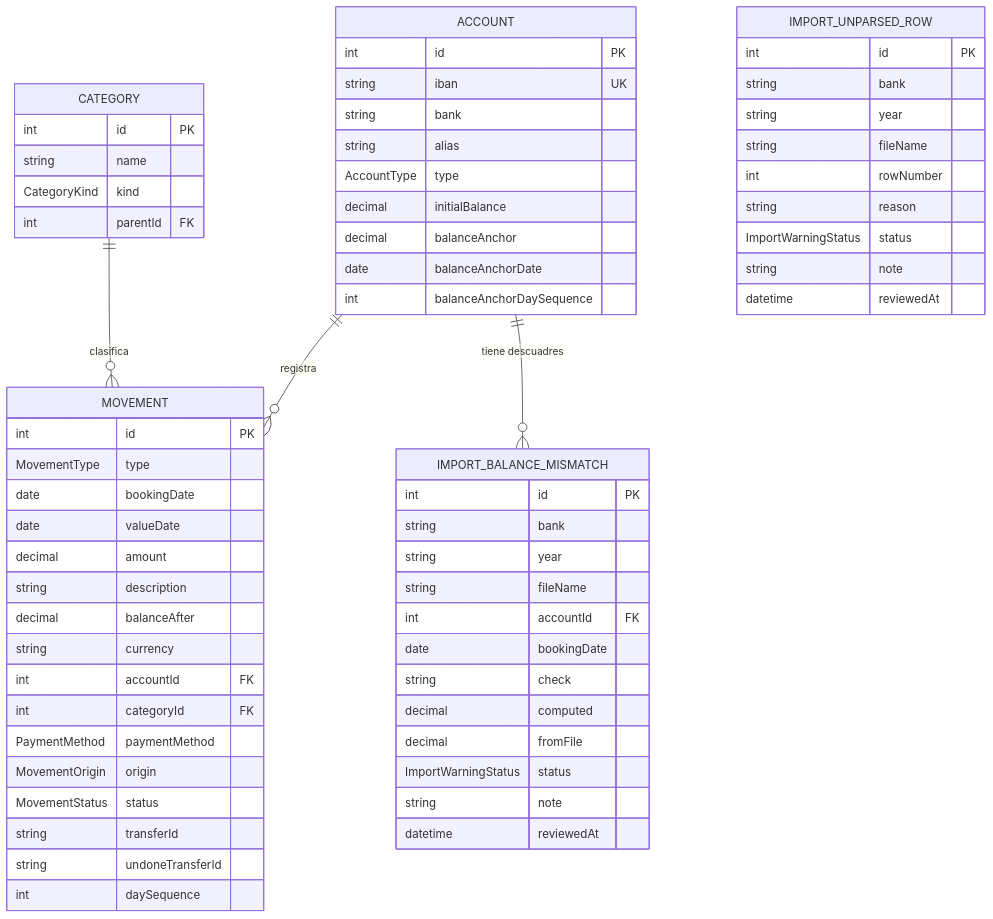
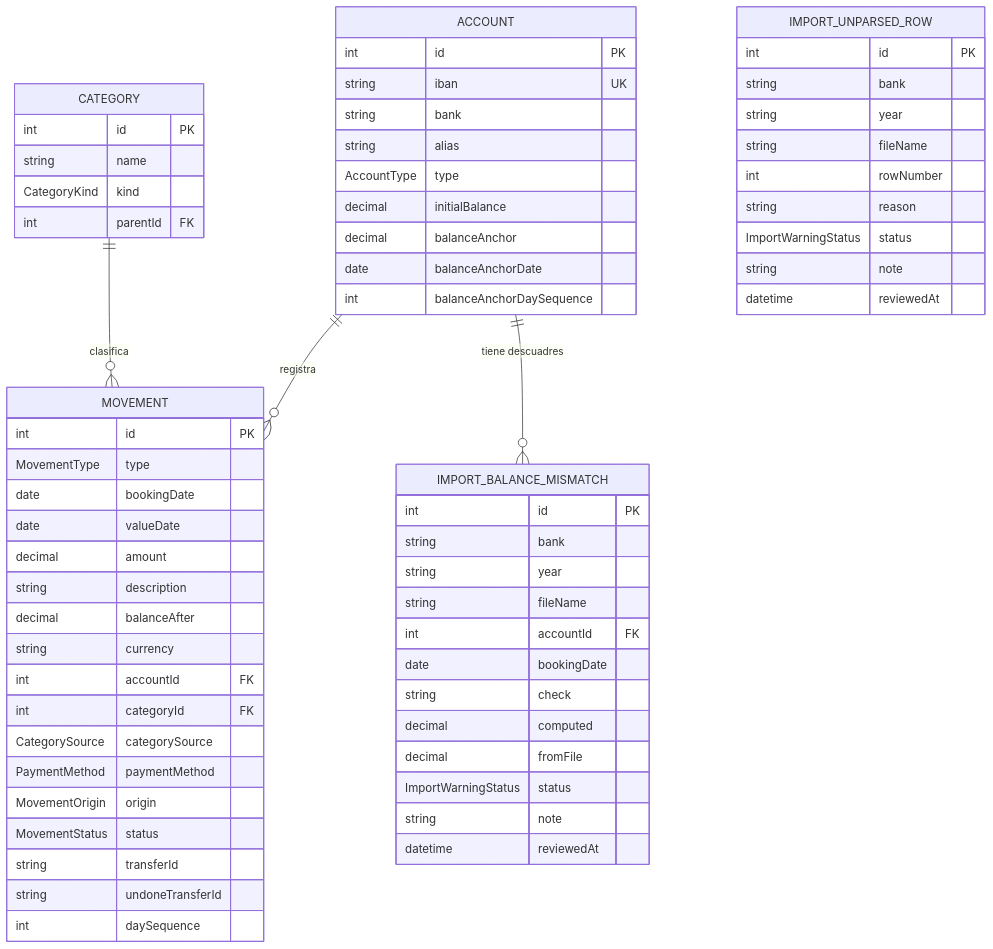
Before and after one commit to wanyos/control-gastos-backend: the first of 2 diagrams in docs/data-model.md, drawn with Mermaid. The commit also changed other lines of this file and 31 other files, not shown here.

````diff
--- a/docs/data-model.md
+++ b/docs/data-model.md
@@ -75,66 +75,67 @@
 ```mermaid
 erDiagram
     ACCOUNT ||--o{ MOVEMENT : registra
     CATEGORY ||--o{ MOVEMENT : clasifica
     ACCOUNT ||--o{ IMPORT_BALANCE_MISMATCH : "tiene descuadres"
     IMPORT_UNPARSED_ROW {
         int id PK
         string bank
         string year
         string fileName
         int rowNumber
         string reason
         ImportWarningStatus status
         string note
         datetime reviewedAt
     }
     IMPORT_BALANCE_MISMATCH {
         int id PK
         string bank
         string year
         string fileName
         int accountId FK
         date bookingDate
         string check
         decimal computed
         decimal fromFile
         ImportWarningStatus status
         string note
         datetime reviewedAt
     }
     ACCOUNT {
         int id PK
         string iban UK
         string bank
         string alias
         AccountType type
         decimal initialBalance
         decimal balanceAnchor
         date balanceAnchorDate
         int balanceAnchorDaySequence
     }
     CATEGORY {
         int id PK
         string name
         CategoryKind kind
         int parentId FK
     }
     MOVEMENT {
         int id PK
         MovementType type
         date bookingDate
         date valueDate
         decimal amount
         string description
         decimal balanceAfter
         string currency
         int accountId FK
         int categoryId FK
+        CategorySource categorySource
         PaymentMethod paymentMethod
         MovementOrigin origin
         MovementStatus status
         string transferId
         string undoneTransferId
         int daySequence
     }
 ```
````
